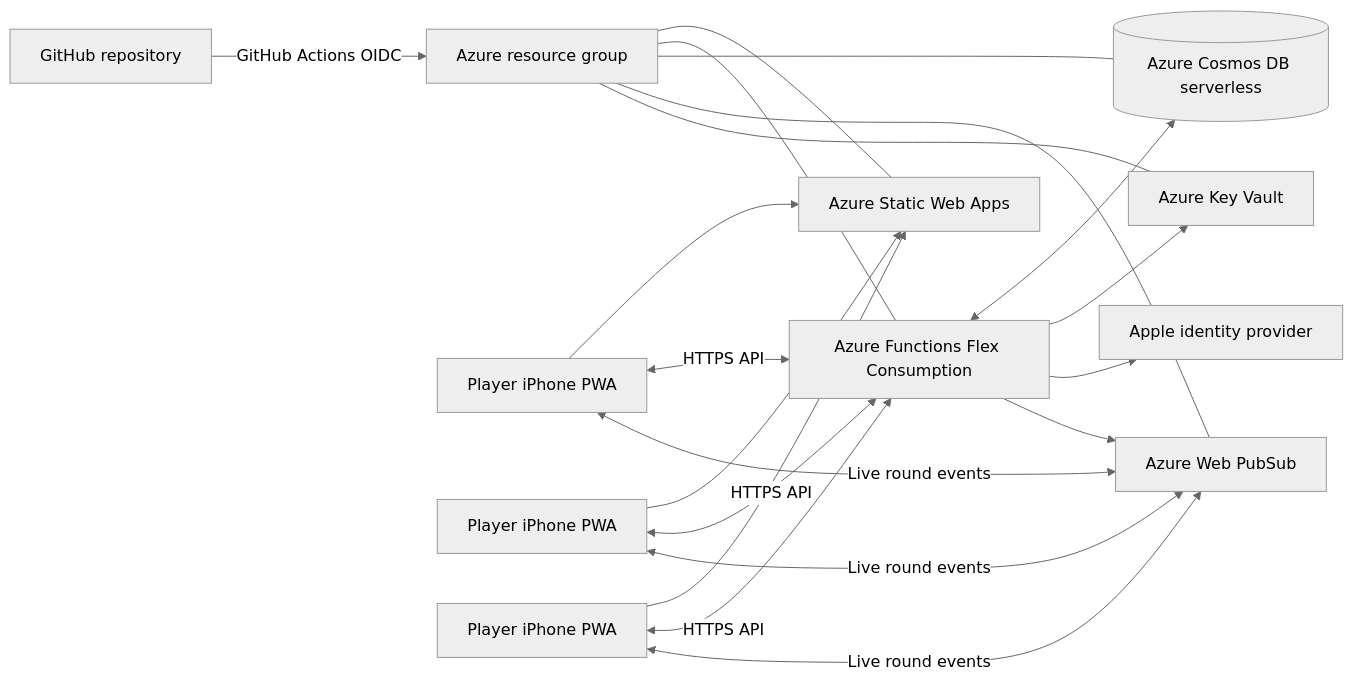
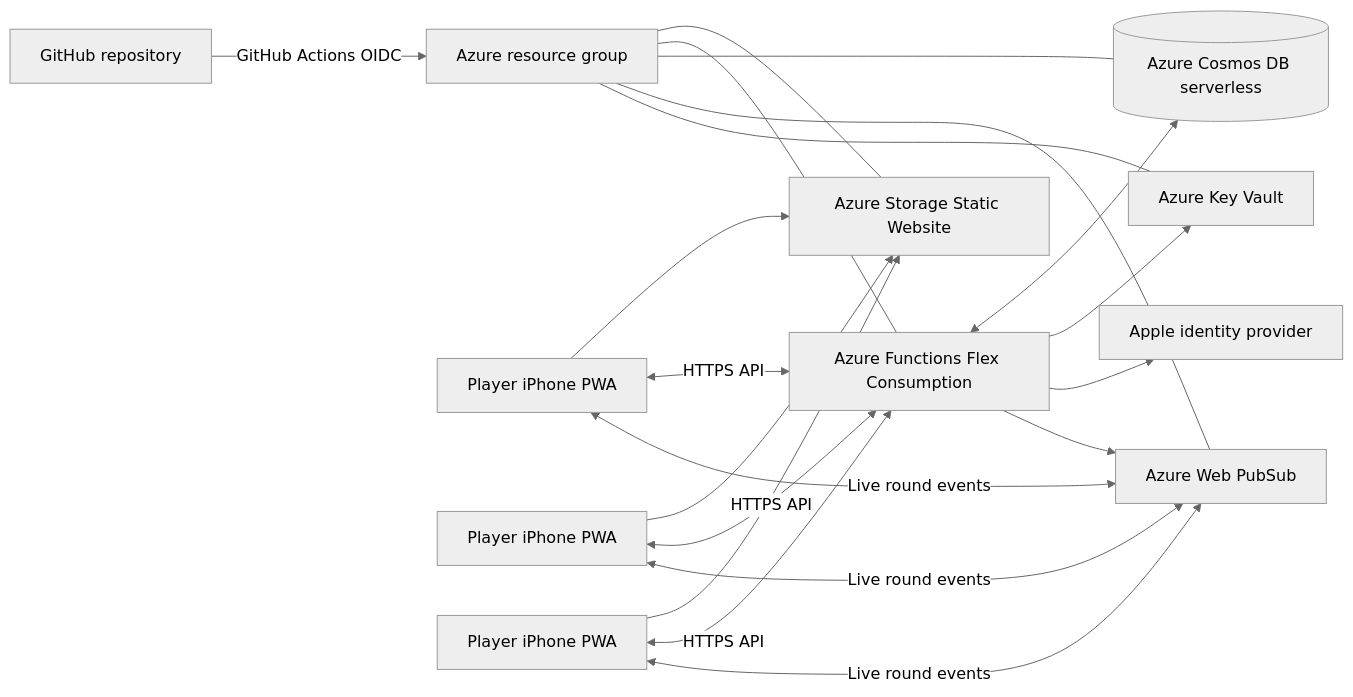
One commit to aautere/vaylakaverit changed the diagram in openspec/changes/social-golf-games/design.md. Above: the diagram before and after it, drawn with Mermaid (neutral theme). The commit also changed other lines of this file and 10 other files, not shown here.

Commit message:
refactor: host PWA in Sweden Central storage

````diff
--- a/openspec/changes/social-golf-games/design.md
+++ b/openspec/changes/social-golf-games/design.md
@@ -26,22 +26,22 @@
 ```mermaid
 flowchart LR
   GH[GitHub repository] -->|GitHub Actions OIDC| AZ[Azure resource group]
-  P1[Player iPhone PWA] --> SWA[Azure Static Web Apps]
-  P2[Player iPhone PWA] --> SWA
-  P3[Player iPhone PWA] --> SWA
+  P1[Player iPhone PWA] --> WEB[Azure Storage Static Website]
+  P2[Player iPhone PWA] --> WEB
+  P3[Player iPhone PWA] --> WEB
   P1 <-->|HTTPS API| API[Azure Functions Flex Consumption]
   P2 <-->|HTTPS API| API
   P3 <-->|HTTPS API| API
   P1 <-->|Live round events| WPS[Azure Web PubSub]
   P2 <-->|Live round events| WPS
   P3 <-->|Live round events| WPS
   API <--> DB[(Azure Cosmos DB serverless)]
   API --> KV[Azure Key Vault]
   API --> APPLE[Apple identity provider]
   API --> WPS
-  AZ --- SWA
+  AZ --- WEB
   AZ --- API
   AZ --- DB
   AZ --- WPS
   AZ --- KV
 ```
````
